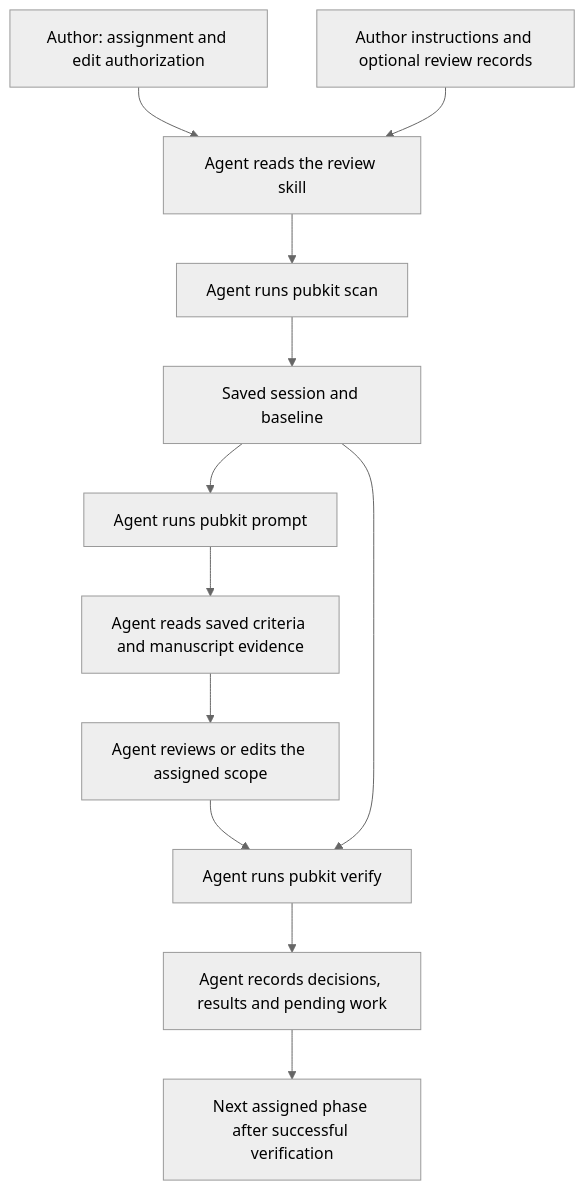
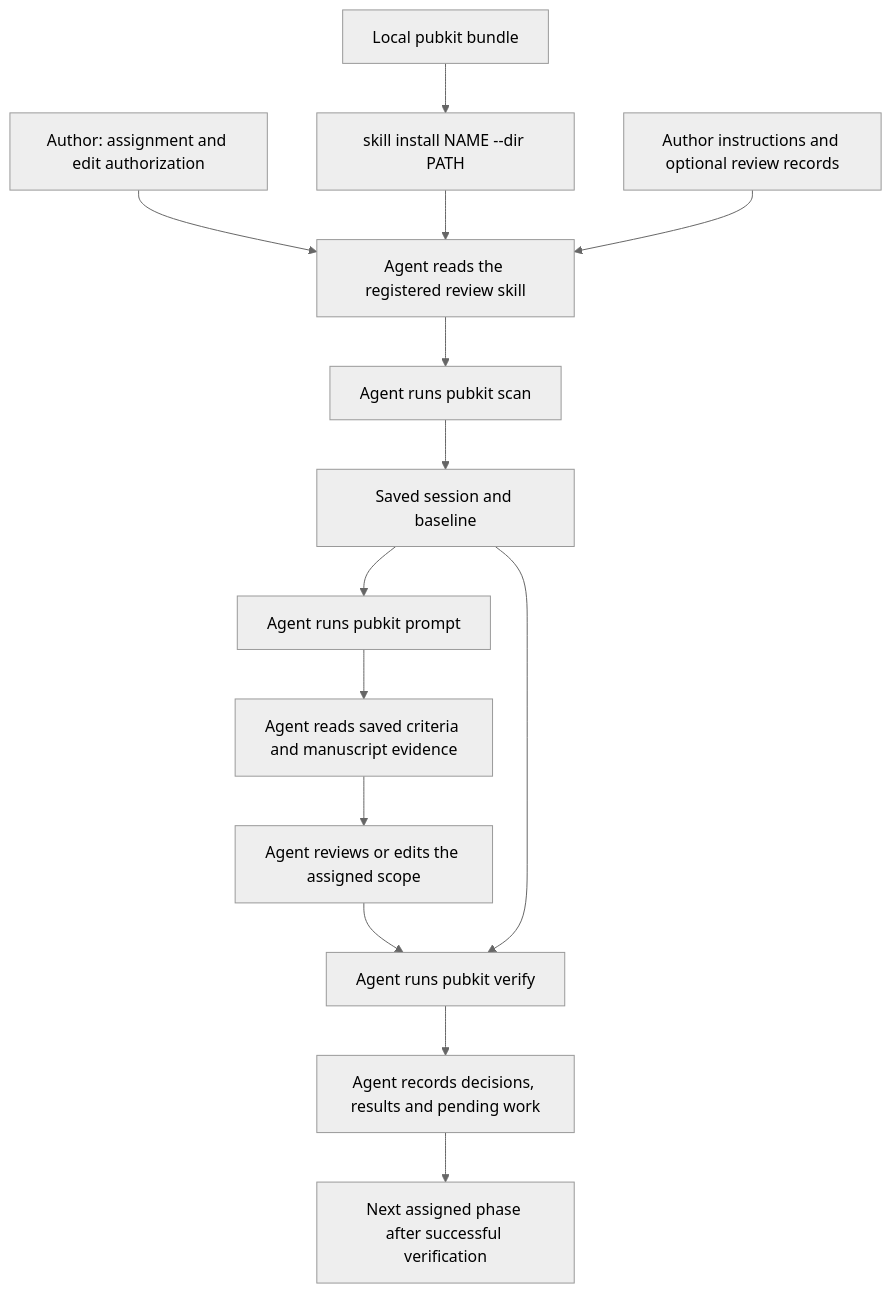
The diagram in docs/skill-integration.md (cybergarage/asciidoc-pubkit), drawn with Mermaid (neutral theme) before and after one commit. The commit also changed other lines of this file and 10 other files, not shown here.

````diff
--- a/docs/skill-integration.md
+++ b/docs/skill-integration.md
@@ -11,14 +16,16 @@
 ```mermaid
 flowchart TD
-    U["Author: assignment and edit authorization"] --> K["Agent reads the review skill"]
+    U["Author: assignment and edit authorization"] --> K["Agent reads the registered review skill"]
+    G["Local pubkit bundle"] --> T["skill install NAME --dir PATH"]
+    T --> K
     I["Author instructions and optional review records"] --> K
     K --> S["Agent runs pubkit scan"]
     S --> B["Saved session and baseline"]
     B --> P["Agent runs pubkit prompt"]
     P --> R["Agent reads saved criteria and manuscript evidence"]
     R --> E["Agent reviews or edits the assigned scope"]
     E --> V["Agent runs pubkit verify"]
     B --> V
     V --> C["Agent records decisions, results and pending work"]
     C --> N["Next assigned phase after successful verification"]
 ```
````
